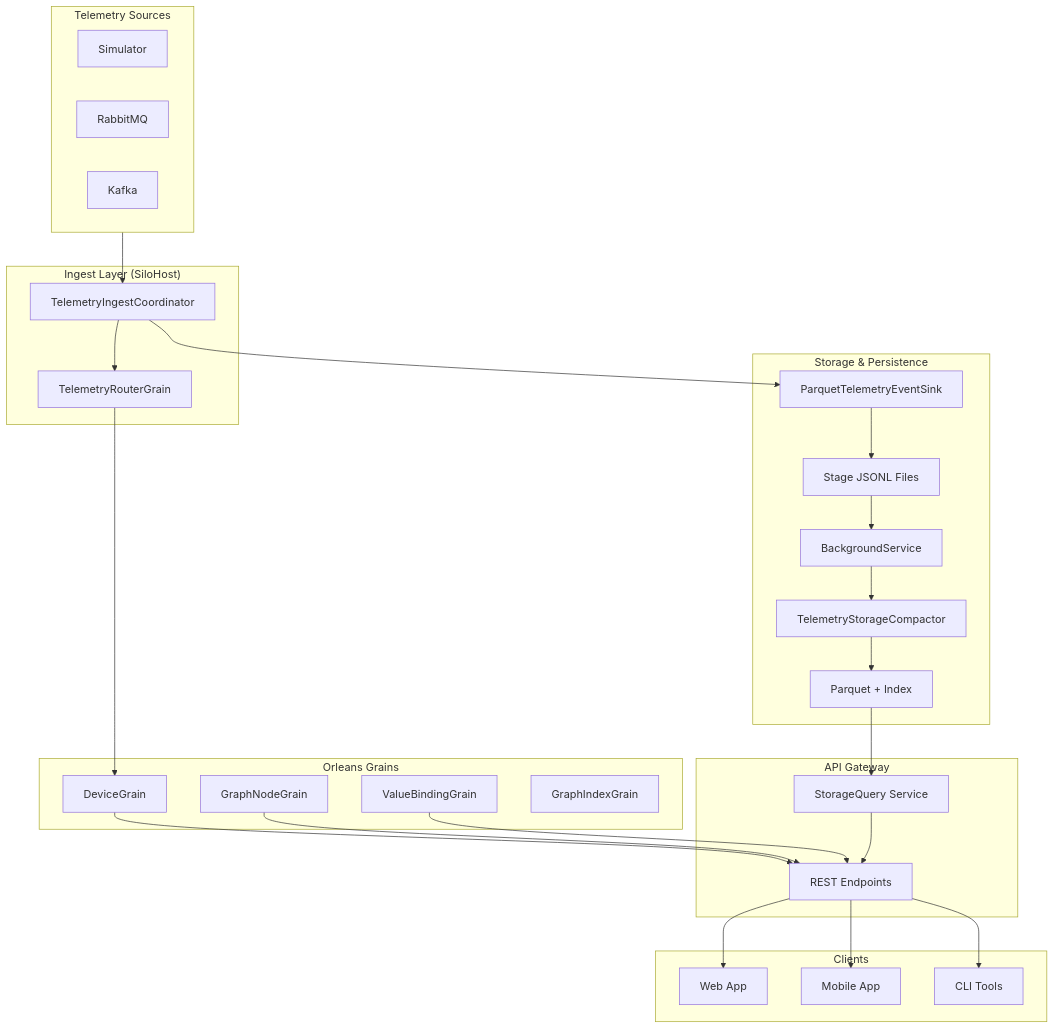
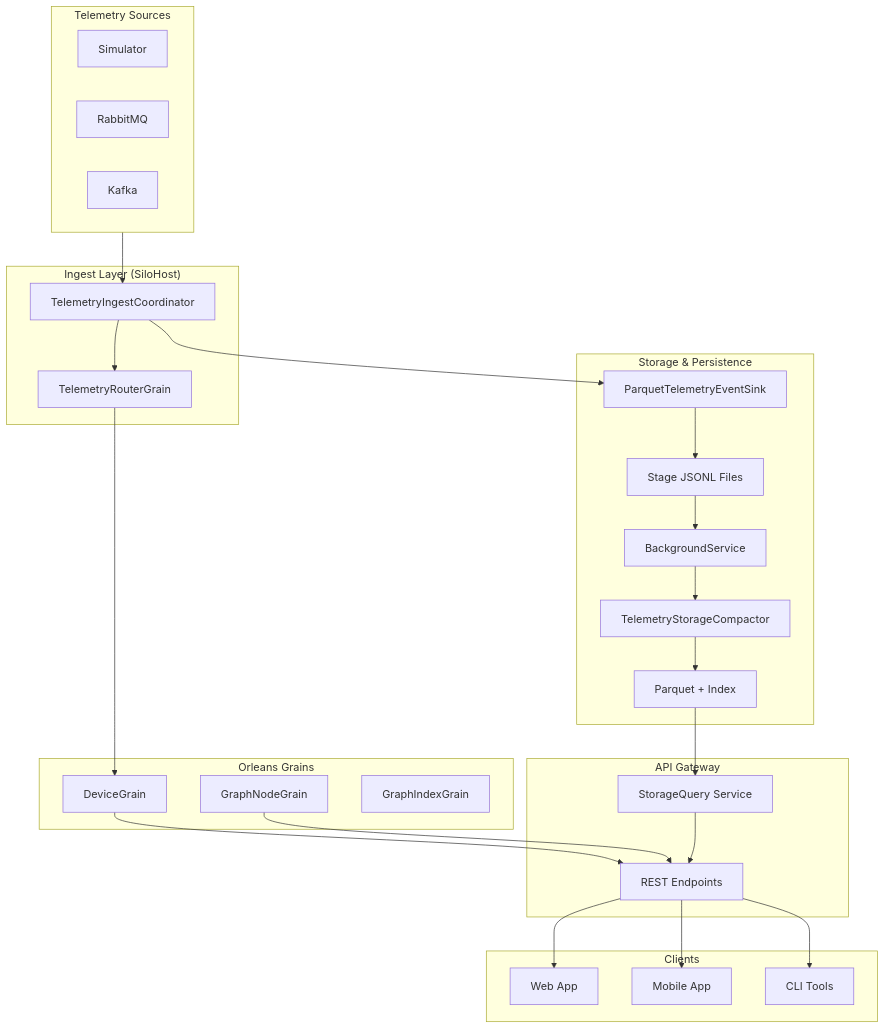
One commit to takashikasuya/orleans-telemetry-sample changed the fourth of 4 diagrams in README.md. Above: the diagram before and after it, drawn with Mermaid. The commit also changed other lines of this file and 4 other files, not shown here.

Commit message:
Remove ValueBindingGrain and associated documentation; update README and telemetry routing documentation accordingly

````diff
--- a/README.md
+++ b/README.md
@@ -432,58 +431,56 @@
 ```mermaid
 flowchart TB
     subgraph Sources["Telemetry Sources"]
         Sim[Simulator]
         RMQ[RabbitMQ]
         Kafka[Kafka]
     end
 
     subgraph Ingest["Ingest Layer (SiloHost)"]
         Coord[TelemetryIngestCoordinator]
         Router[TelemetryRouterGrain]
     end
 
     subgraph Storage["Storage & Persistence"]
         Sink[ParquetTelemetryEventSink]
         StageFiles[Stage JSONL Files]
         BG[BackgroundService]
         Compactor[TelemetryStorageCompactor]
         ParquetFiles[Parquet + Index]
     end
 
     subgraph Grains["Orleans Grains"]
         DevGrain[DeviceGrain]
         NodeGrain[GraphNodeGrain]
-        ValGrain[ValueBindingGrain]
         IndexGrain[GraphIndexGrain]
     end
 
     subgraph API["API Gateway"]
         REST[REST Endpoints]
         Query[StorageQuery Service]
     end
 
     subgraph Clients["Clients"]
         Web[Web App]
         Mobile[Mobile App]
         Tools[CLI Tools]
     end
 
     Sources --> Coord
     Coord --> Router
     Router --> DevGrain
     Coord --> Sink
     Sink --> StageFiles
     StageFiles --> BG
     BG --> Compactor
     Compactor --> ParquetFiles
 
     DevGrain --> REST
     NodeGrain --> REST
-    ValGrain --> REST
     ParquetFiles --> Query
     Query --> REST
 
     REST --> Web
     REST --> Mobile
     REST --> Tools
 ```
````
